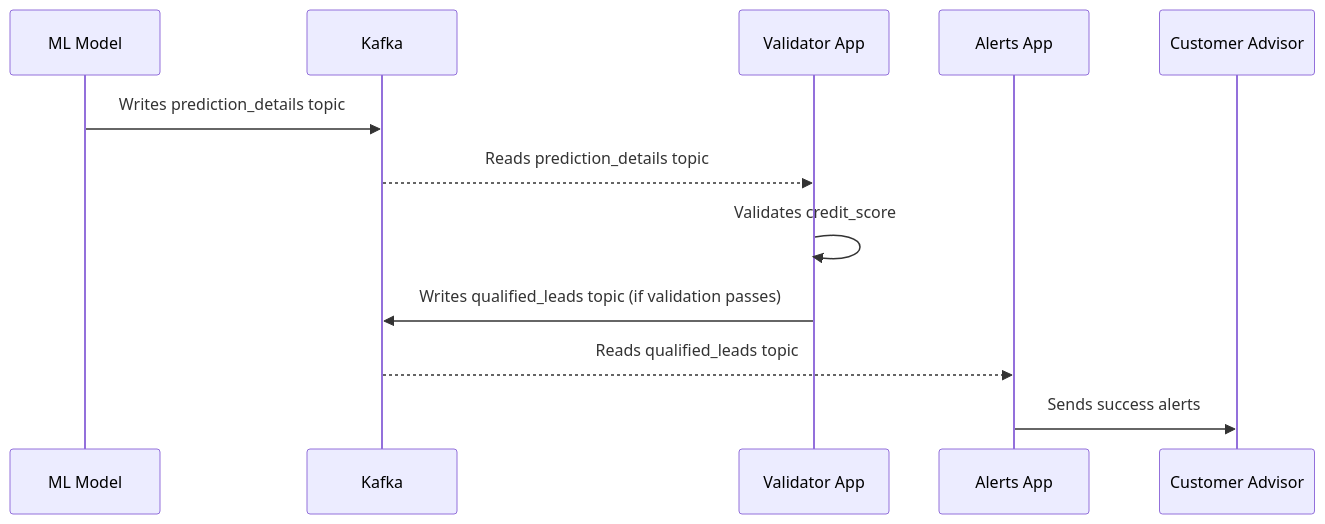
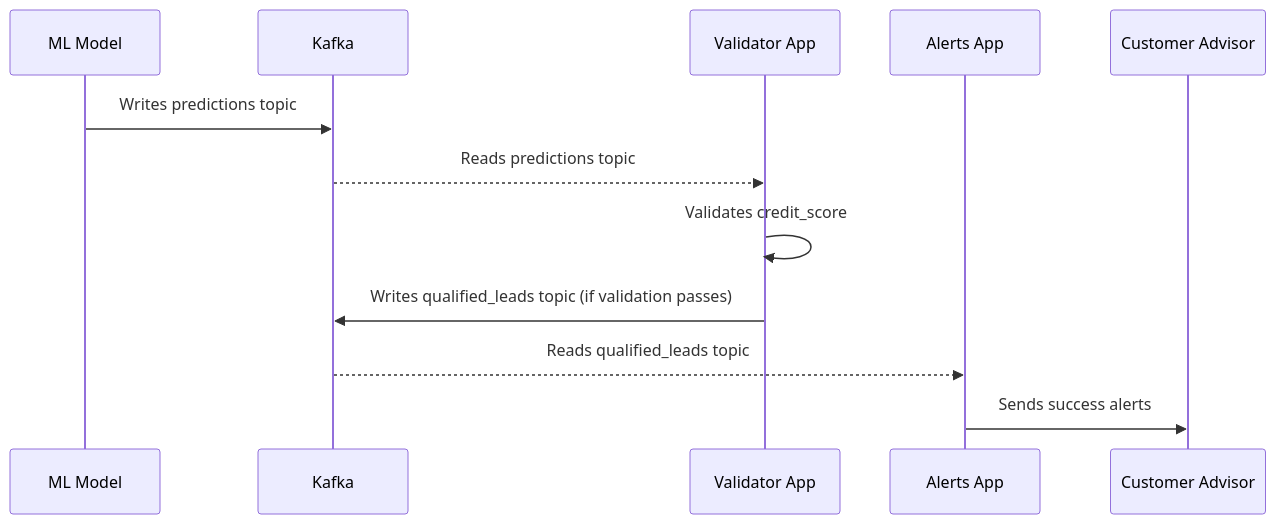
Before and after one commit to john-mwangi/mariadb-iceberg-pipeline: the second of 2 diagrams in docs/diagrams.md, drawn with Mermaid.

Commit message:
Correct topic name

````diff
--- a/docs/diagrams.md
+++ b/docs/diagrams.md
@@ -51,16 +51,16 @@
 ```mermaid
 %% Feature Design
 sequenceDiagram
     participant ML_Service as ML Model
     participant Kafka as Kafka
     participant Validator_App as Validator App
     participant Alerts_App as Alerts App
     participant Advisor as Customer Advisor
 
-    ML_Service->>Kafka: Writes prediction_details topic
-    Kafka-->>Validator_App: Reads prediction_details topic
+    ML_Service->>Kafka: Writes predictions topic
+    Kafka-->>Validator_App: Reads predictions topic
     Validator_App->>Validator_App: Validates credit_score
     Validator_App->>Kafka: Writes qualified_leads topic (if validation passes)
     Kafka-->>Alerts_App: Reads qualified_leads topic
     Alerts_App->>Advisor: Sends success alerts
 ```
````
